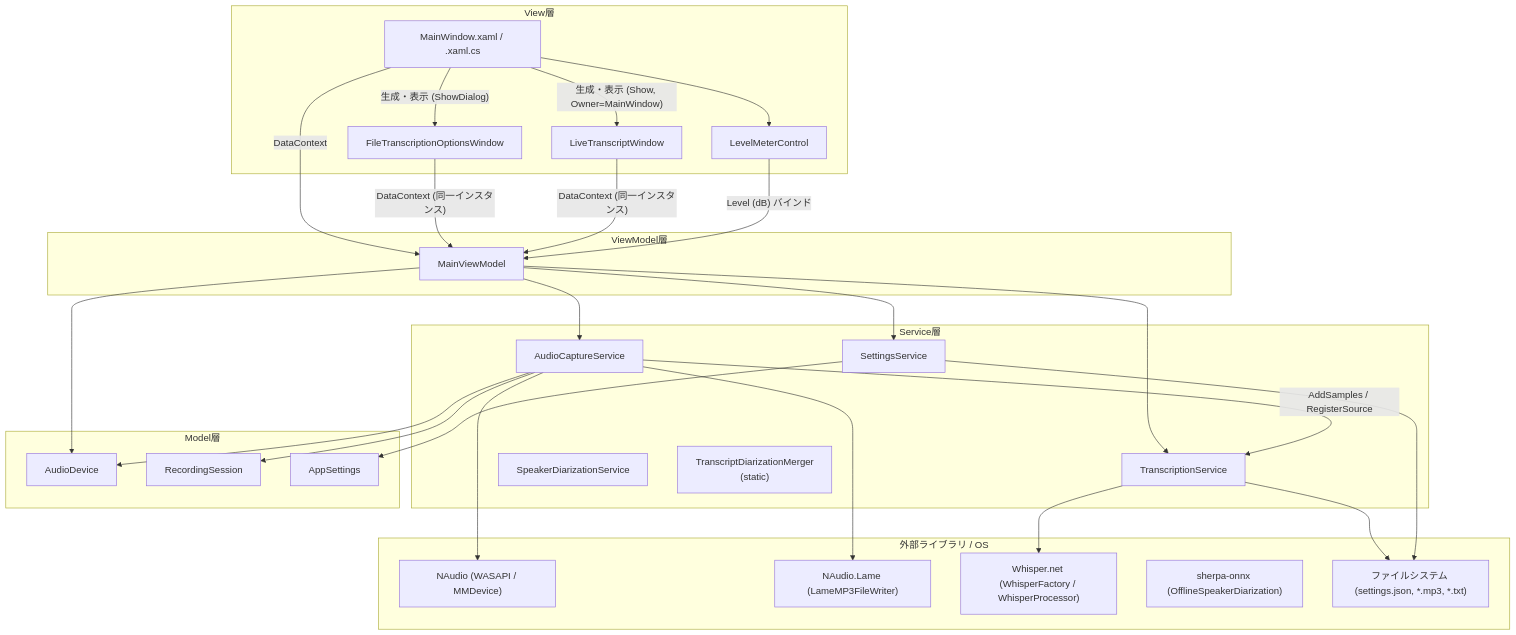
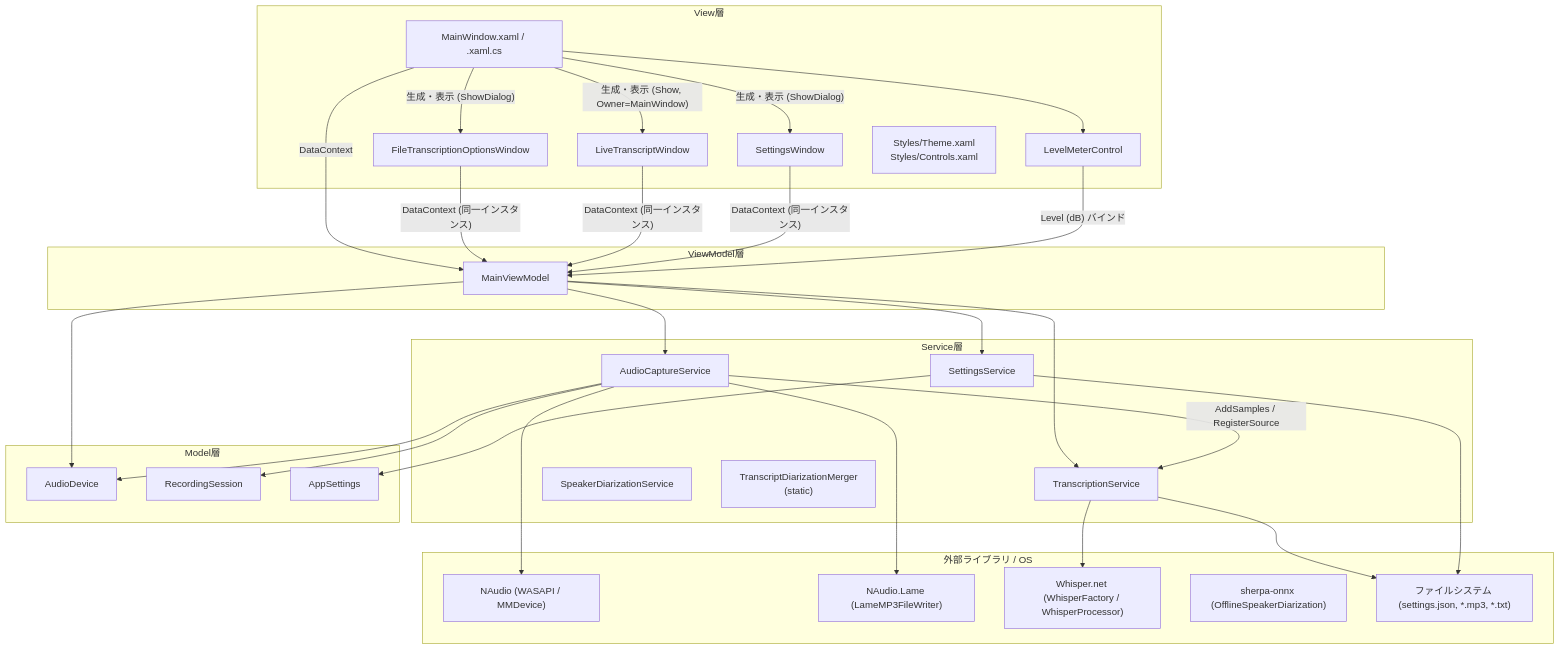
One commit to otomac/audio-capture-app changed the first of 4 diagrams in docs/spec/02_architecture.md. Above: the diagram before and after it, drawn with Mermaid. The commit also changed other lines of this file and 4 other files, not shown here.

````diff
--- a/docs/spec/02_architecture.md
+++ b/docs/spec/02_architecture.md
@@ -20,61 +20,66 @@
 ```mermaid
 graph TB
     subgraph View["View層"]
         MW["MainWindow.xaml / .xaml.cs"]
         FTW["FileTranscriptionOptionsWindow"]
         LTW["LiveTranscriptWindow"]
+        SW["SettingsWindow"]
         LMC["LevelMeterControl"]
+        STY["Styles/Theme.xaml
+Styles/Controls.xaml"]
     end
 
     subgraph ViewModel["ViewModel層"]
         MVM["MainViewModel"]
     end
 
     subgraph Service["Service層"]
         ACS["AudioCaptureService"]
         TS["TranscriptionService"]
         SDS["SpeakerDiarizationService"]
         TDM["TranscriptDiarizationMerger
 (static)"]
         SS["SettingsService"]
     end
 
     subgraph Model["Model層"]
         AD["AudioDevice"]
         RS["RecordingSession"]
         AS["AppSettings"]
     end
 
     subgraph External["外部ライブラリ / OS"]
         NAudio["NAudio (WASAPI / MMDevice)"]
         Lame["NAudio.Lame (LameMP3FileWriter)"]
         Whisper["Whisper.net (WhisperFactory / WhisperProcessor)"]
         Sherpa["sherpa-onnx (OfflineSpeakerDiarization)"]
         FS["ファイルシステム (settings.json, *.mp3, *.txt)"]
     end
 
     MW -->|"DataContext"| MVM
     MW -->|"生成・表示 (ShowDialog)"| FTW
     MW -->|"生成・表示 (Show, Owner=MainWindow)"| LTW
+    MW -->|"生成・表示 (ShowDialog)"| SW
     FTW -->|"DataContext (同一インスタンス)"| MVM
     LTW -->|"DataContext (同一インスタンス)"| MVM
+    SW -->|"DataContext (同一インスタンス)"| MVM
     MW --> LMC
     LMC -->|"Level (dB) バインド"| MVM
 
     MVM --> ACS
     MVM --> TS
     MVM --> SS
     MVM --> AD
 
     ACS --> RS
     ACS --> AD
     ACS -->|"AddSamples / RegisterSource"| TS
     ACS --> NAudio
     ACS --> Lame
 
     TS --> Whisper
     TS --> FS
 
     SS --> AS
     SS --> FS
 ```
````
